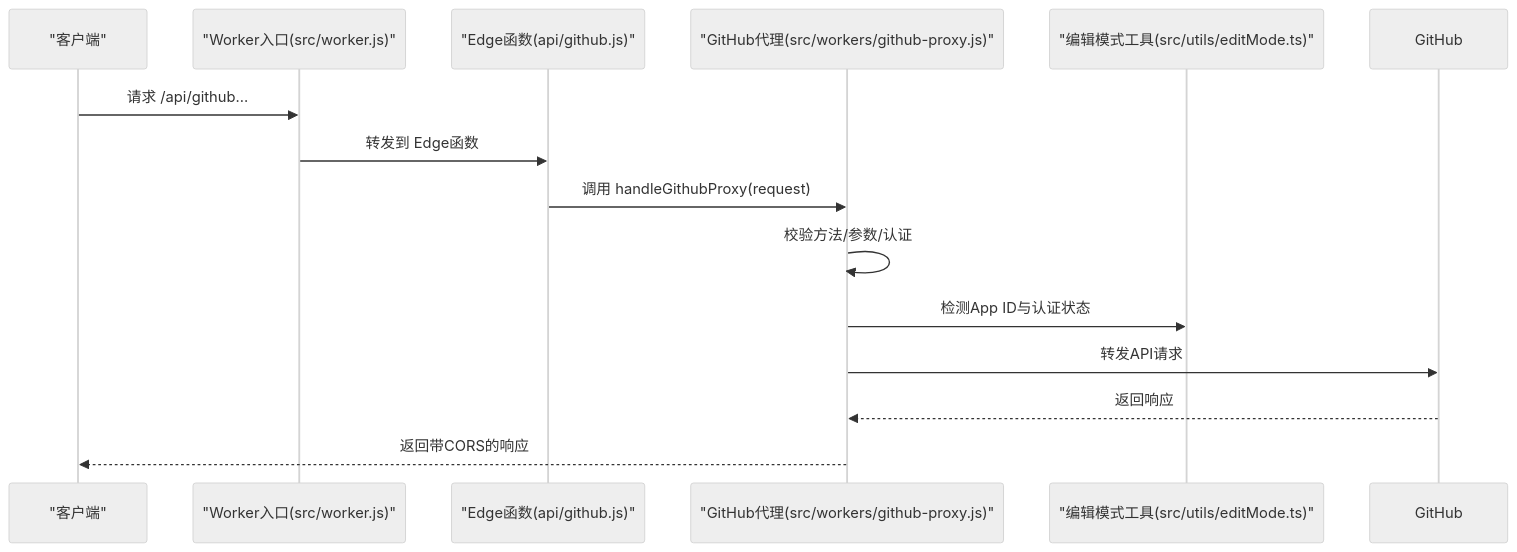
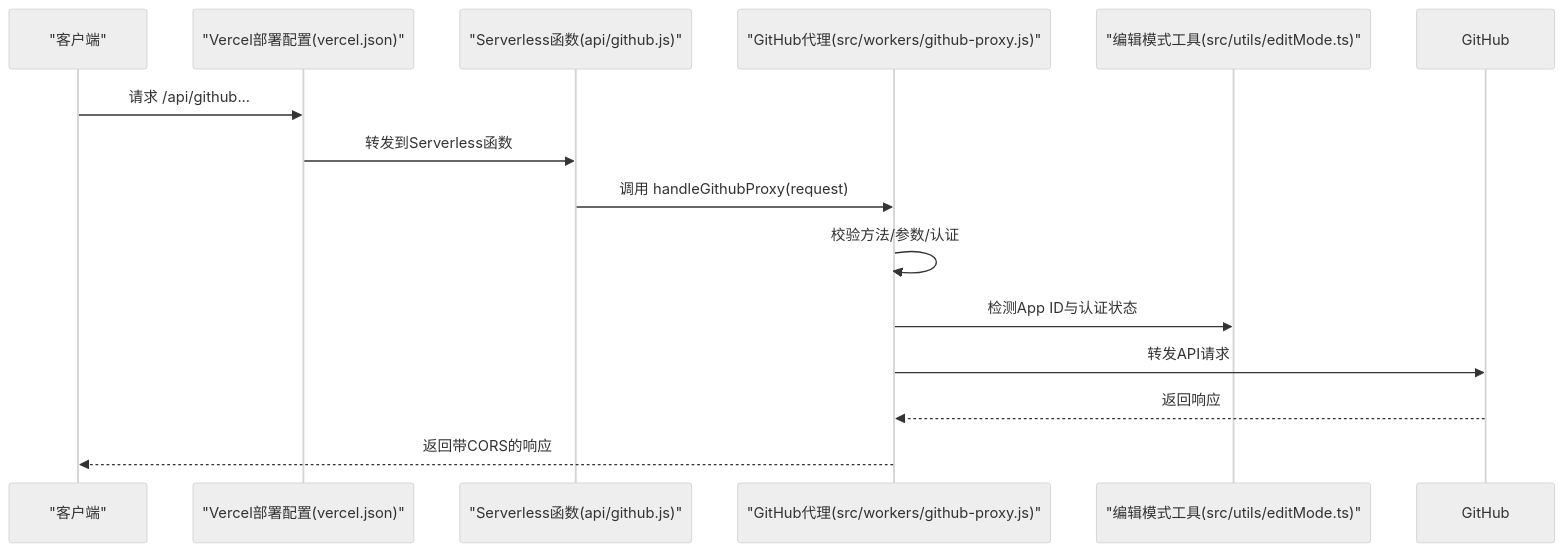
One commit to olx2990684400-sketch/olx-my-blog changed the second of 8 diagrams in .qoder/repowiki/zh/content/API参考文档/第三方集成API.md. Above: the diagram before and after it, drawn with Mermaid (neutral theme). The commit also changed other lines of this file and 74 other files, not shown here.

````diff
--- a/.qoder/repowiki/zh/content/API参考文档/第三方集成API.md
+++ b/.qoder/repowiki/zh/content/API参考文档/第三方集成API.md
@@ -147,16 +152,16 @@
 ```mermaid
 sequenceDiagram
 participant Client as "客户端"
-participant Worker as "Worker入口(src/worker.js)"
-participant Edge as "Edge函数(api/github.js)"
+participant Vercel as "Vercel部署配置(vercel.json)"
+participant Serverless as "Serverless函数(api/github.js)"
 participant Proxy as "GitHub代理(src/workers/github-proxy.js)"
 participant EditMode as "编辑模式工具(src/utils/editMode.ts)"
-Client->>Worker : 请求 /api/github...
-Worker->>Edge : 转发到 Edge函数
-Edge->>Proxy : 调用 handleGithubProxy(request)
+Client->>Vercel : 请求 /api/github...
+Vercel->>Serverless : 转发到Serverless函数
+Serverless->>Proxy : 调用 handleGithubProxy(request)
 Proxy->>Proxy : 校验方法/参数/认证
 Proxy->>EditMode : 检测App ID与认证状态
 Proxy->>GitHub : 转发API请求
 GitHub-->>Proxy : 返回响应
 Proxy-->>Client : 返回带CORS的响应
 ```
````
